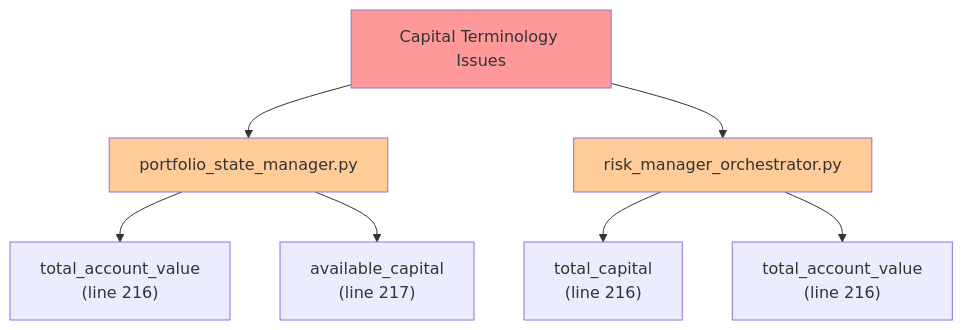
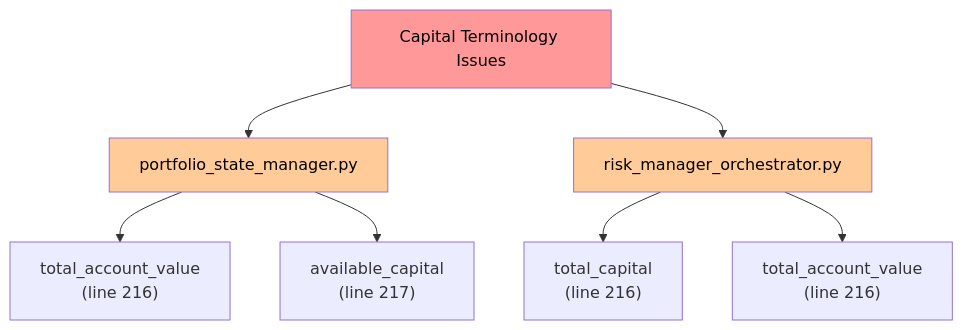
The first of 15 diagrams in workflow/business_logic_refactor/04_business_logic_core_look.md (plataplomo/hummingbot), drawn with Mermaid before and after one commit. The commit also changed other lines of this file and 33 other files, not shown here.

First line of the commit message:
Comprehensive refactor and architectural analysis for CyberDeltaEngine (#65)

````diff
--- a/workflow/business_logic_refactor/04_business_logic_core_look.md
+++ b/workflow/business_logic_refactor/04_business_logic_core_look.md
@@ -11,13 +20,13 @@
 ```mermaid
 graph TD
     A[Capital Terminology Issues] --> B[portfolio_state_manager.py]
     A --> C[risk_manager_orchestrator.py]
     B --> D["total_account_value<br/>(line 216)"]
     B --> E["available_capital<br/>(line 217)"]
     C --> F["total_capital<br/>(line 216)"]
     C --> G["total_account_value<br/>(line 216)"]
     
-    style A fill:#ff9999
-    style B fill:#ffcc99
-    style C fill:#ffcc99
+    style A fill:#ff9999,color:#000
+    style B fill:#ffcc99,color:#000
+    style C fill:#ffcc99,color:#000
 ```
````
